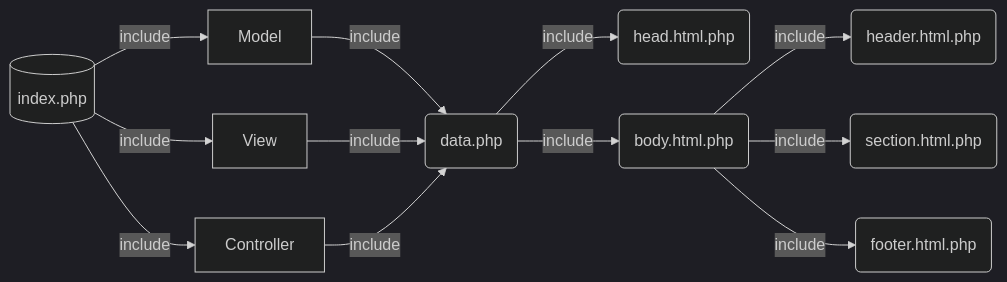
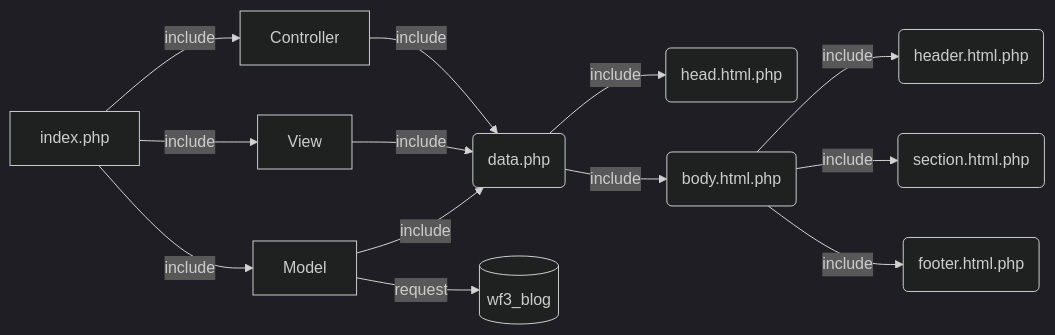
The diagram in README.md (razmi0/WF3-MVC), drawn with Mermaid (dark theme) before and after one commit.

````diff
--- a/README.md
+++ b/README.md
@@ -13,17 +13,18 @@
 ```mermaid
 graph LR
-A[(index.php)] -- include --> C[Model]
-A[(index.php)] -- include --> D[View]
-A[(index.php)] -- include --> B[Controller]
+A[index.php] -- include --> C[Model]
+A[index.php] -- include --> D[View]
+A[index.php] -- include --> B[Controller]
 
 C[Model] -- include --> E(get_wf3_blog.php)
+C[Model] -- request --> K[(wf3_blog)]
 
 D[View] -- include --> E(index.html.php)
 E(index.html.php) -- include --> F(head.html.php)
 E(index.html.php) -- include --> G(body.html.php)
 G(body.html.php) -- include --> H(header.html.php)
 G(body.html.php) -- include --> I(section.html.php)
 G(body.html.php) -- include --> J(footer.html.php)
 
 B[Controller] -- include --> E(data.php)
 ```
````
